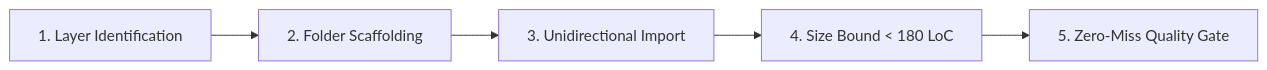
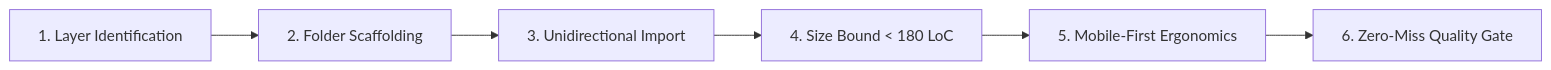
The first of 2 diagrams in .agents/workflows/ui-structure.md (kindustries-erp/erp-web), drawn with Mermaid before and after one commit. The commit also changed other lines of this file and 9 other files, not shown here.

Commit message:
docs(ui-structure): bổ sung tiêu chuẩn Mobile-First và công thái học di động

````diff
--- a/.agents/workflows/ui-structure.md
+++ b/.agents/workflows/ui-structure.md
@@ -21,7 +21,8 @@
 ```mermaid
 graph LR
     A["1. Layer Identification"] --> B["2. Folder Scaffolding"]
     B --> C["3. Unidirectional Import"]
     C --> D["4. Size Bound < 180 LoC"]
-    D --> E["5. Zero-Miss Quality Gate"]
+    D --> E["5. Mobile-First Ergonomics"]
+    E --> F["6. Zero-Miss Quality Gate"]
 ```
````
